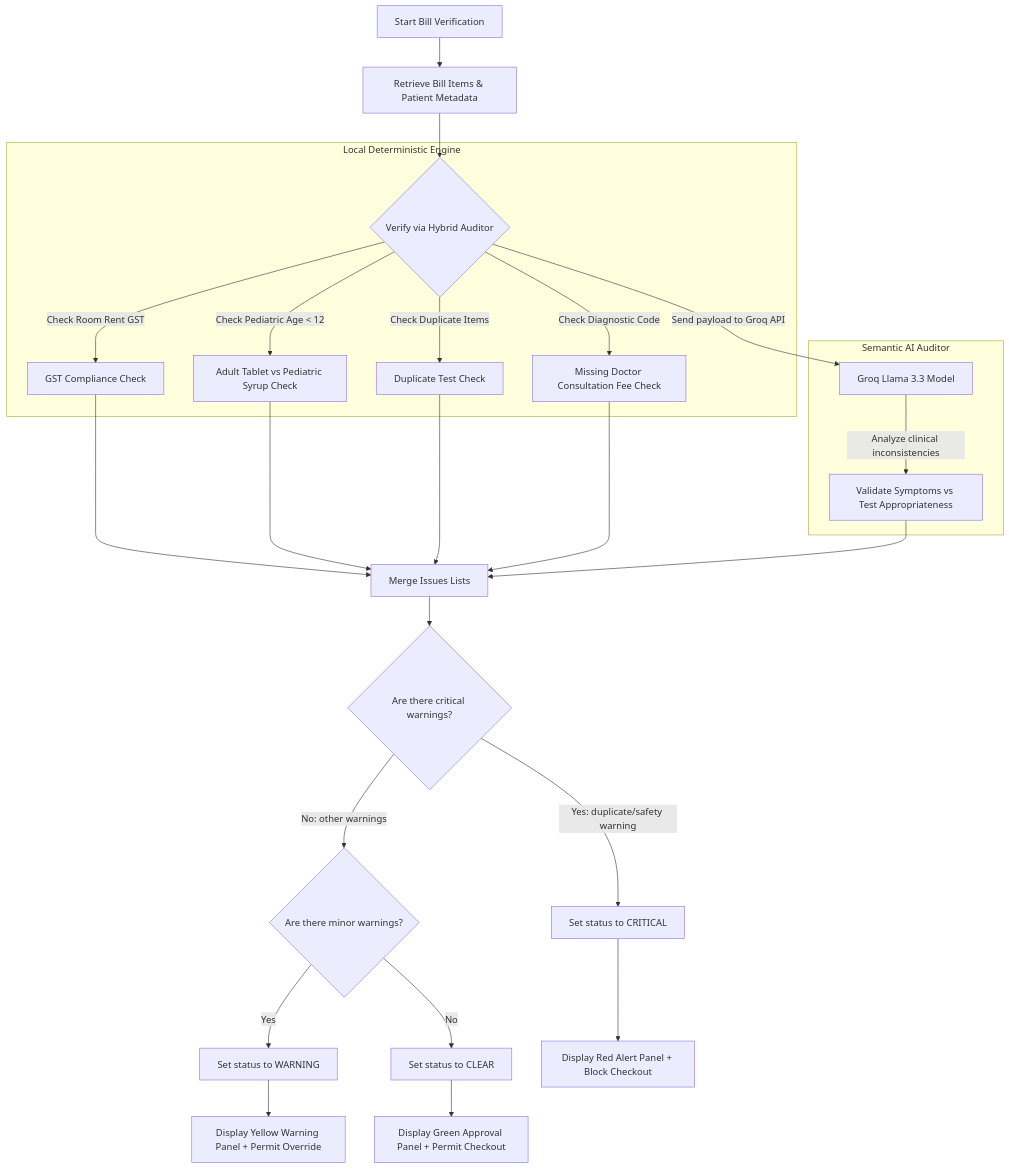
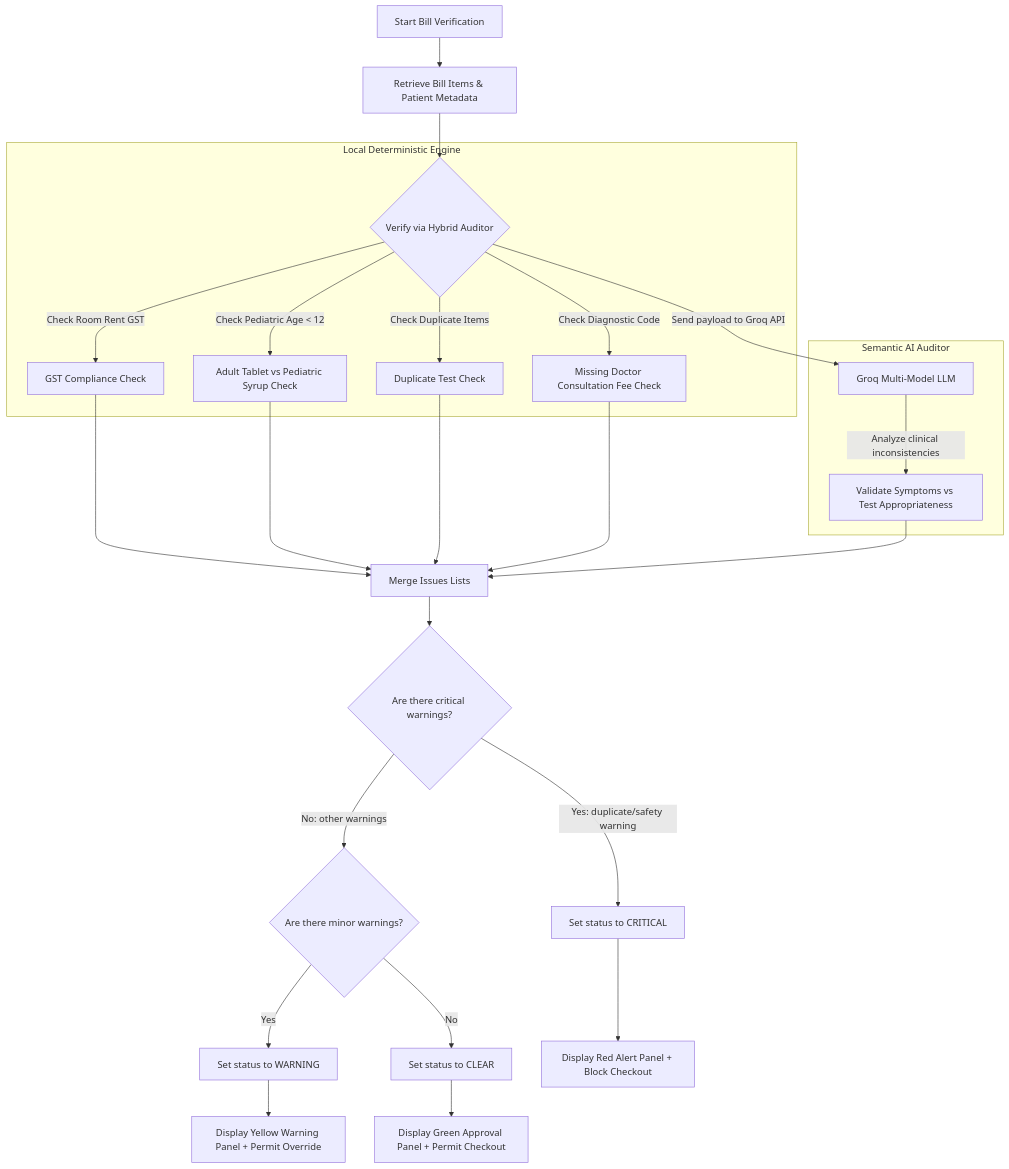
The second of 7 diagrams in README.md (RiyanshiVerma-11/HospiSynAI), drawn with Mermaid before and after one commit. The commit also changed other lines of this file, not shown here.

Commit message:
docs: rewrite README with persistent OPD tokens, 4 role dashboards, multi-model AI cascade, local dev quickstart, and updated RBAC/comparison tables

````diff
--- a/README.md
+++ b/README.md
@@ -90,30 +113,30 @@
 ```mermaid
 flowchart TD
     A[Start Bill Verification] --> B[Retrieve Bill Items & Patient Metadata]
     B --> C{Verify via Hybrid Auditor}
     
     subgraph Local Deterministic Engine
         C -->|Check Room Rent GST| D1[GST Compliance Check]
         C -->|Check Pediatric Age < 12| D2[Adult Tablet vs Pediatric Syrup Check]
         C -->|Check Duplicate Items| D3[Duplicate Test Check]
         C -->|Check Diagnostic Code| D4[Missing Doctor Consultation Fee Check]
     end
     
     subgraph Semantic AI Auditor
-        C -->|Send payload to Groq API| E1[Groq Llama 3.3 Model]
+        C -->|Send payload to Groq API| E1[Groq Multi-Model LLM]
         E1 -->|Analyze clinical inconsistencies| E2[Validate Symptoms vs Test Appropriateness]
     end
     
     D1 & D2 & D3 & D4 --> F[Merge Issues Lists]
     E2 --> F
     
     F --> G{Are there critical warnings?}
     G -->|Yes: duplicate/safety warning| H[Set status to CRITICAL]
     G -->|No: other warnings| I{Are there minor warnings?}
     I -->|Yes| J[Set status to WARNING]
     I -->|No| K[Set status to CLEAR]
     
     H --> L[Display Red Alert Panel + Block Checkout]
     J --> M[Display Yellow Warning Panel + Permit Override]
     K --> N[Display Green Approval Panel + Permit Checkout]
 ```
````
